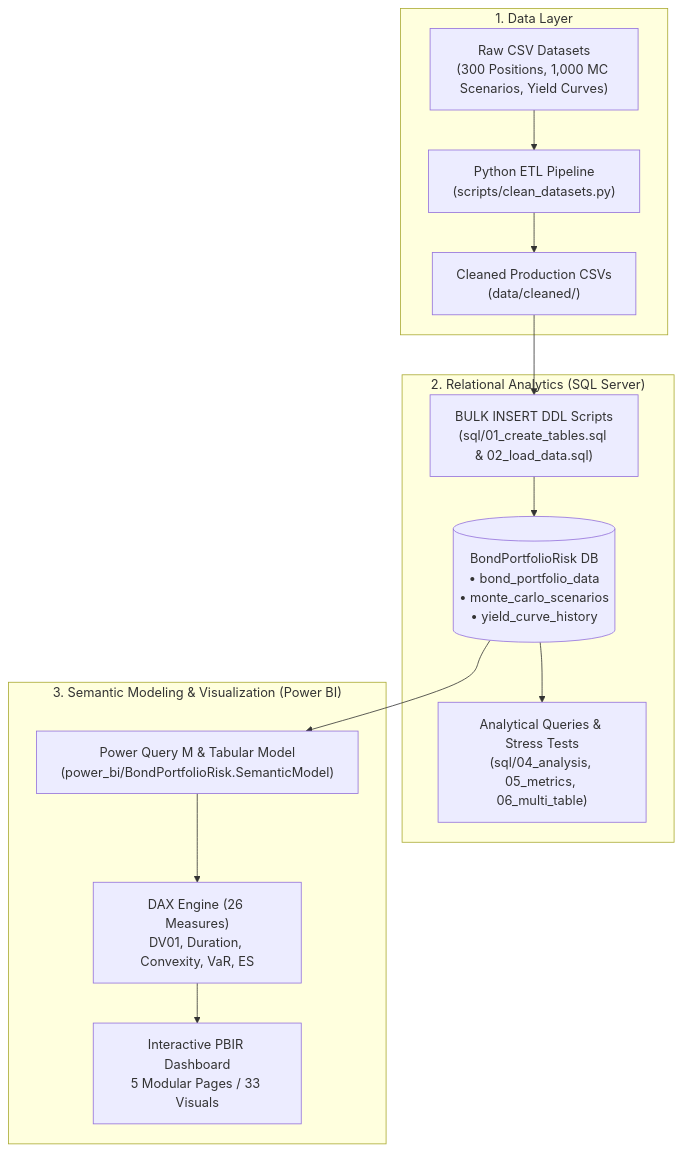
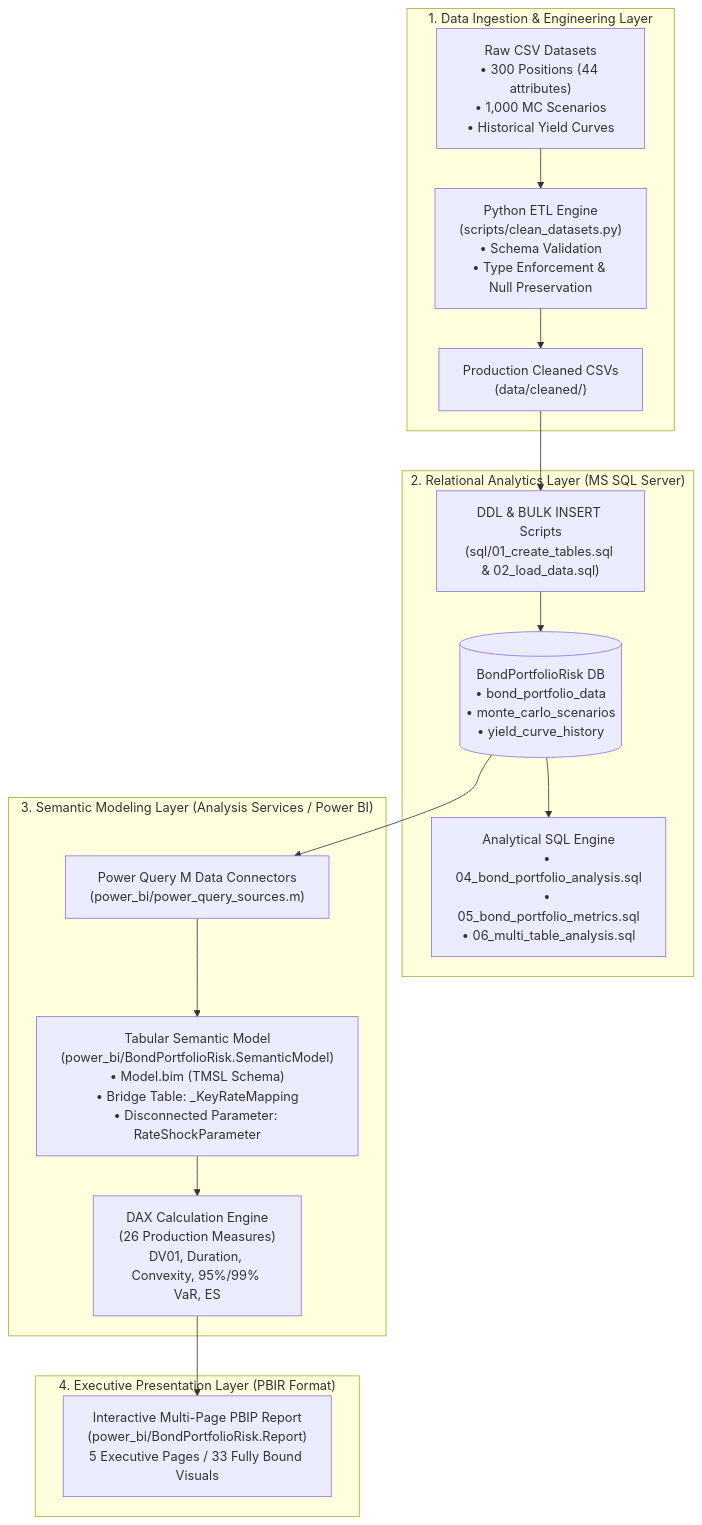
The diagram in README.md (ZethetaIntern/bond-portfolio-risk-analytics-1794158679-7u3d7m-vikas12134), drawn with Mermaid before and after one commit. The commit also changed other lines of this file and 2 other files, not shown here.

Commit message:
docs: polish project README and GitHub presentation

````diff
--- a/README.md
+++ b/README.md
@@ -51,19 +58,23 @@
 ```mermaid
 flowchart TD
-    subgraph Data_Layer ["1. Data Layer"]
-        A1["Raw CSV Datasets<br/>(300 Positions, 1,000 MC Scenarios, Yield Curves)"] --> B1["Python ETL Pipeline<br/>(scripts/clean_datasets.py)"]
-        B1 --> C1["Cleaned Production CSVs<br/>(data/cleaned/)"]
+    subgraph Data_Layer ["1. Data Ingestion & Engineering Layer"]
+        R1["Raw CSV Datasets<br/>• 300 Positions (44 attributes)<br/>• 1,000 MC Scenarios<br/>• Historical Yield Curves"] --> P1["Python ETL Engine<br/>(scripts/clean_datasets.py)<br/>• Schema Validation<br/>• Type Enforcement & Null Preservation"]
+        P1 --> C1["Production Cleaned CSVs<br/>(data/cleaned/)"]
     end
 
-    subgraph SQL_Layer ["2. Relational Analytics (SQL Server)"]
-        C1 --> D1["BULK INSERT DDL Scripts<br/>(sql/01_create_tables.sql & 02_load_data.sql)"]
-        D1 --> E1[("BondPortfolioRisk DB<br/>• bond_portfolio_data<br/>• monte_carlo_scenarios<br/>• yield_curve_history")]
-        E1 --> F1["Analytical Queries & Stress Tests<br/>(sql/04_analysis, 05_metrics, 06_multi_table)"]
+    subgraph Database_Layer ["2. Relational Analytics Layer (MS SQL Server)"]
+        C1 --> S1["DDL & BULK INSERT Scripts<br/>(sql/01_create_tables.sql & 02_load_data.sql)"]
+        S1 --> DB[("BondPortfolioRisk DB<br/>• bond_portfolio_data<br/>• monte_carlo_scenarios<br/>• yield_curve_history")]
+        DB --> Q1["Analytical SQL Engine<br/>• 04_bond_portfolio_analysis.sql<br/>• 05_bond_portfolio_metrics.sql<br/>• 06_multi_table_analysis.sql"]
     end
 
-    subgraph BI_Layer ["3. Semantic Modeling & Visualization (Power BI)"]
-        E1 --> G1["Power Query M & Tabular Model<br/>(power_bi/BondPortfolioRisk.SemanticModel)"]
-        G1 --> H1["DAX Engine (26 Measures)<br/>DV01, Duration, Convexity, VaR, ES"]
-        H1 --> I1["Interactive PBIR Dashboard<br/>5 Modular Pages / 33 Visuals"]
+    subgraph Modeling_Layer ["3. Semantic Modeling Layer (Analysis Services / Power BI)"]
+        DB --> M1["Power Query M Data Connectors<br/>(power_bi/power_query_sources.m)"]
+        M1 --> TM["Tabular Semantic Model<br/>(power_bi/BondPortfolioRisk.SemanticModel)<br/>• Model.bim (TMSL Schema)<br/>• Bridge Table: _KeyRateMapping<br/>• Disconnected Parameter: RateShockParameter"]
+        TM --> DAX["DAX Calculation Engine<br/>(26 Production Measures)<br/>DV01, Duration, Convexity, 95%/99% VaR, ES"]
+    end
+
+    subgraph Presentation_Layer ["4. Executive Presentation Layer (PBIR Format)"]
+        DAX --> PBI["Interactive Multi-Page PBIP Report<br/>(power_bi/BondPortfolioRisk.Report)<br/>5 Executive Pages / 33 Fully Bound Visuals"]
     end
 ```
````
